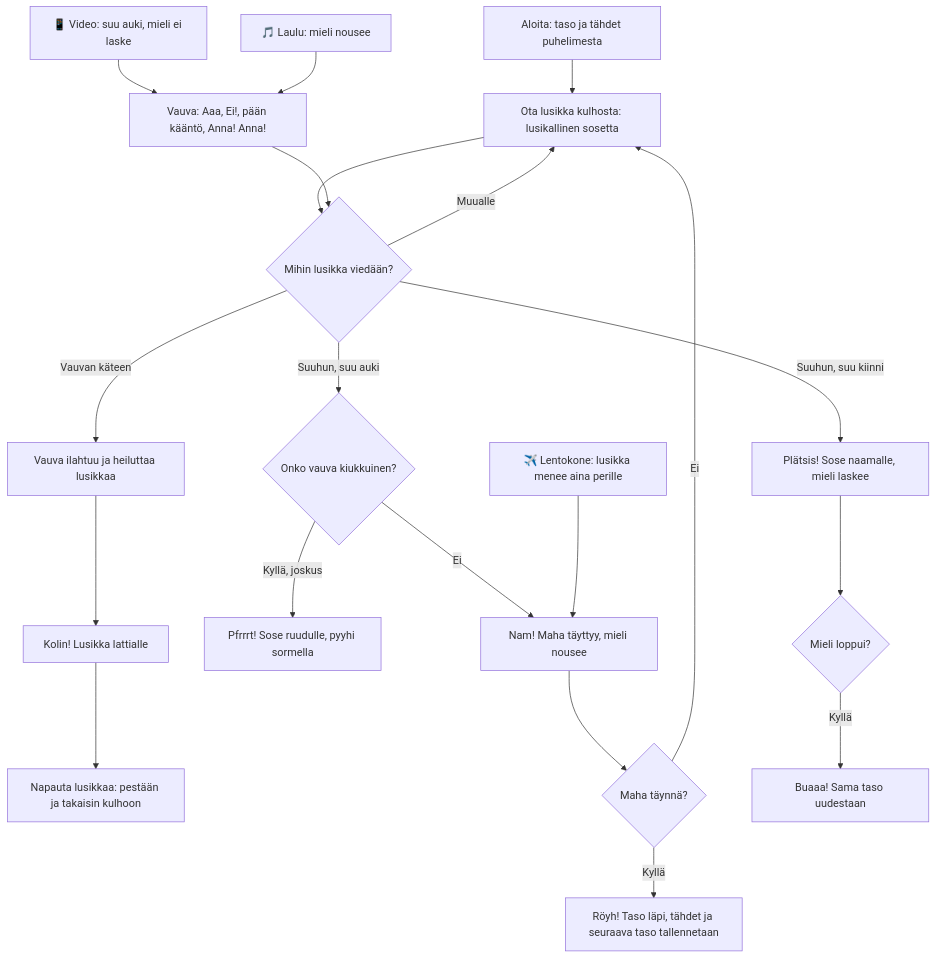
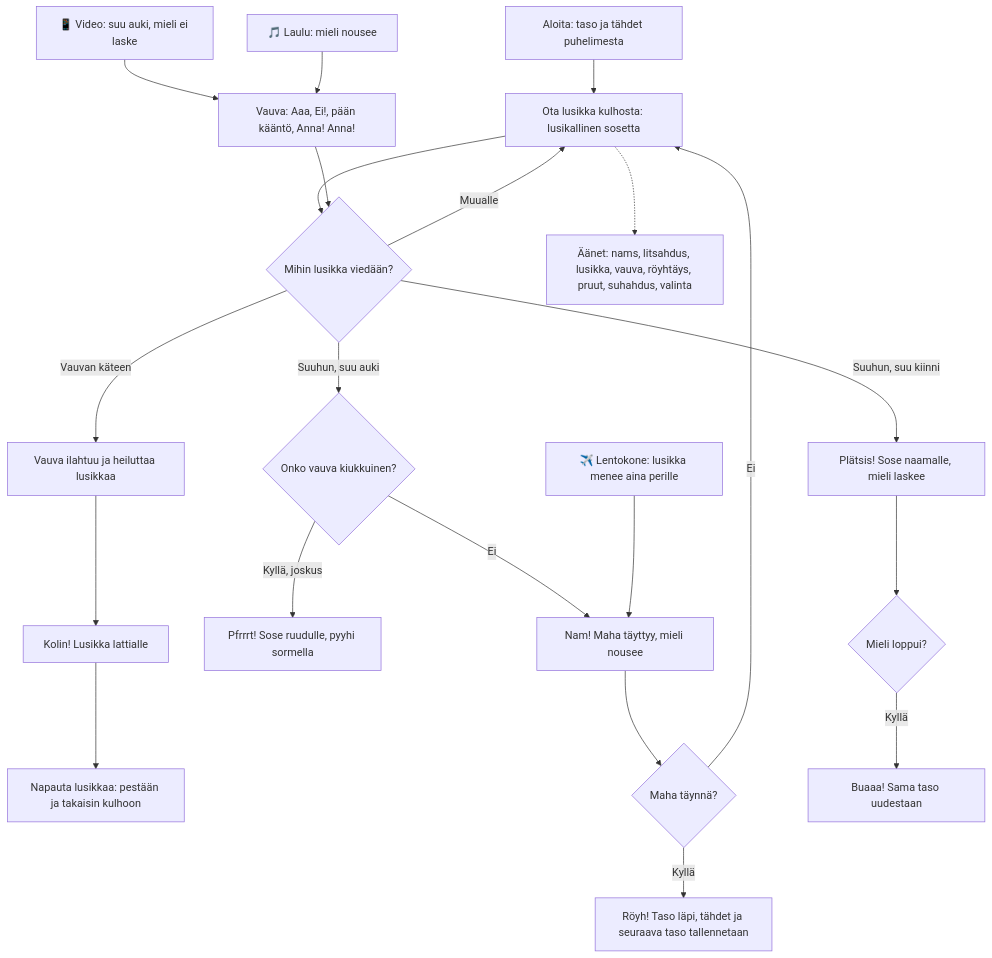
The diagram in docs/diagrams/vauvan-syotto.md (eerovil/ai-pelit), drawn with Mermaid before and after one commit. The commit also changed 2 other files, not shown here.

Commit message:
Vauvan syöttäminen v3: plays with beeps when aanet.js fails; diagram's sounds box (#232 review)

````diff
--- a/docs/diagrams/vauvan-syotto.md
+++ b/docs/diagrams/vauvan-syotto.md
@@ -9,29 +9,30 @@
 ```mermaid
 flowchart TD
   A[Aloita: taso ja tähdet puhelimesta] --> B[Ota lusikka kulhosta: lusikallinen sosetta]
   B --> C{Mihin lusikka viedään?}
   C -- Suuhun, suu auki --> D{Onko vauva kiukkuinen?}
   D -- Ei --> E[Nam! Maha täyttyy, mieli nousee]
   D -- Kyllä, joskus --> F[Pfrrrt! Sose ruudulle, pyyhi sormella]
   C -- Suuhun, suu kiinni --> G[Plätsis! Sose naamalle, mieli laskee]
   C -- Vauvan käteen --> H[Vauva ilahtuu ja heiluttaa lusikkaa]
   H --> I[Kolin! Lusikka lattialle]
   I --> J[Napauta lusikkaa: pestään ja takaisin kulhoon]
   C -- Muualle --> B
   K[Vauva: Aaa, Ei!, pään kääntö, Anna! Anna!] --> C
   P1[📱 Video: suu auki, mieli ei laske] --> K
   P2[✈️ Lentokone: lusikka menee aina perille] --> E
   P3[🎵 Laulu: mieli nousee] --> K
   E --> L{Maha täynnä?}
   L -- Kyllä --> M[Röyh! Taso läpi, tähdet ja seuraava taso tallennetaan]
   L -- Ei --> B
   N{Mieli loppui?} -- Kyllä --> O[Buaaa! Sama taso uudestaan]
   G --> N
+  B -.-> Q[Äänet: nams, litsahdus, lusikka, vauva, röyhtäys, pruut, suhahdus, valinta]
   class A,B blue
   class C,D,L,N amber
   class H,I,J teal
   class K,P1,P2,P3 violet
   class E,M green
   class Q blue
   class F,G,O rose
 ```
````
